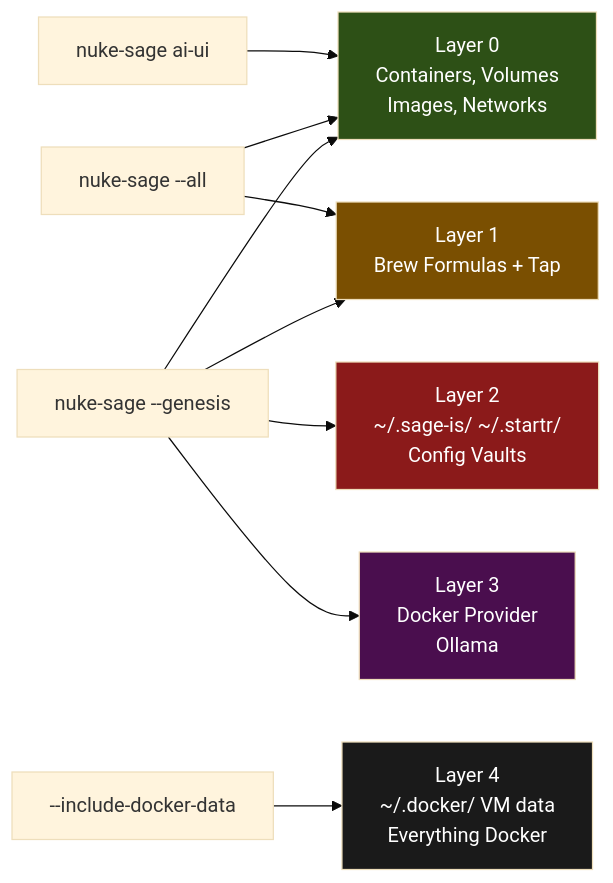
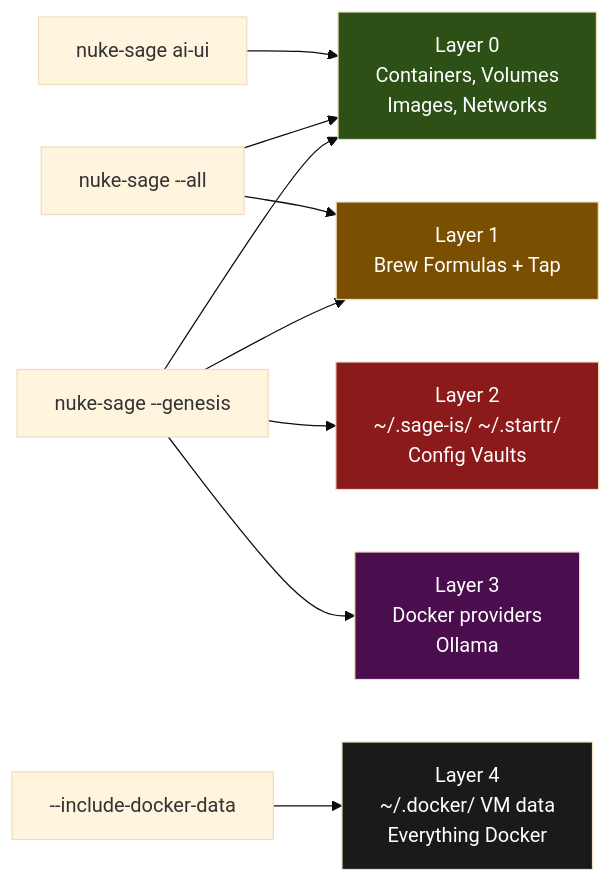
Before and after one commit to Sage-is/homebrew-apps: the third of 5 diagrams in README.md, drawn with Mermaid (base theme). The commit also changed other lines of this file and 3 other files, not shown here.

````diff
--- a/README.md
+++ b/README.md
@@ -135,19 +140,19 @@
 ```mermaid
 graph LR
     surgical["nuke-sage ai-ui"] --> L0
     all["nuke-sage --all"] --> L0 & L1
     genesis["nuke-sage --genesis"] --> L0 & L1 & L2 & L3
 
     L0["Layer 0<br/>Containers, Volumes<br/>Images, Networks"]
     L1["Layer 1<br/>Brew Formulas + Tap"]
     L2["Layer 2<br/>~/.sage-is/ ~/.startr/<br/>Config Vaults"]
-    L3["Layer 3<br/>Docker Provider<br/>Ollama"]
+    L3["Layer 3<br/>Docker providers<br/>Ollama"]
 
     genesis_dd["--include-docker-data"] --> L4["Layer 4<br/>~/.docker/ VM data<br/>Everything Docker"]
 
     style L0 fill:#2d5016,color:#fff
     style L1 fill:#7a4f01,color:#fff
     style L2 fill:#8b1a1a,color:#fff
     style L3 fill:#4a0e4e,color:#fff
     style L4 fill:#1a1a1a,color:#fff
 ```
````
